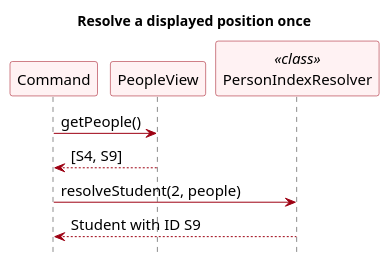
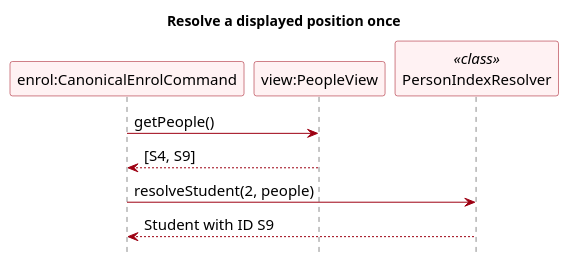
Before and after one commit to AY2627S1-CS2103T-F13-3/tp: the diagram in docs/diagrams/DomainPersonSelection.puml, drawn with PlantUML. The commit also changed 3 other files, not shown here.

Commit message:
Identify sequence diagram object types

```diff
--- a/docs/diagrams/DomainPersonSelection.puml
+++ b/docs/diagrams/DomainPersonSelection.puml
@@ -1,27 +1,27 @@
 @startuml
 ' Simplified domain draft by Vincent Lin with OpenAI Codex assistance.
 ' Self-contained source; renderer: PlantUML 1.2025.3.
 skinparam defaultFontName Arial
 skinparam defaultFontSize 15
 skinparam shadowing false
 skinparam classAttributeIconSize 0
 skinparam classBackgroundColor #FFF2F3
 skinparam classBorderColor #9D0012
 skinparam classArrowColor #9D0012
 skinparam noteBackgroundColor #FFFBE6
 skinparam noteBorderColor #777777
 skinparam nodesep 35
 skinparam ranksep 40
 
 title Resolve a displayed position once
 skinparam sequenceParticipantBackgroundColor #FFF2F3
 skinparam sequenceParticipantBorderColor #9D0012
 hide footbox
-participant Command
-participant PeopleView as View
+participant "enrol:CanonicalEnrolCommand" as Command
+participant "view:PeopleView" as View
 participant PersonIndexResolver as Resolver <<class>>
 Command -> View : getPeople()
 View --> Command : [S4, S9]
 Command -> Resolver : resolveStudent(2, people)
 Resolver --> Command : Student with ID S9
 @enduml
```
